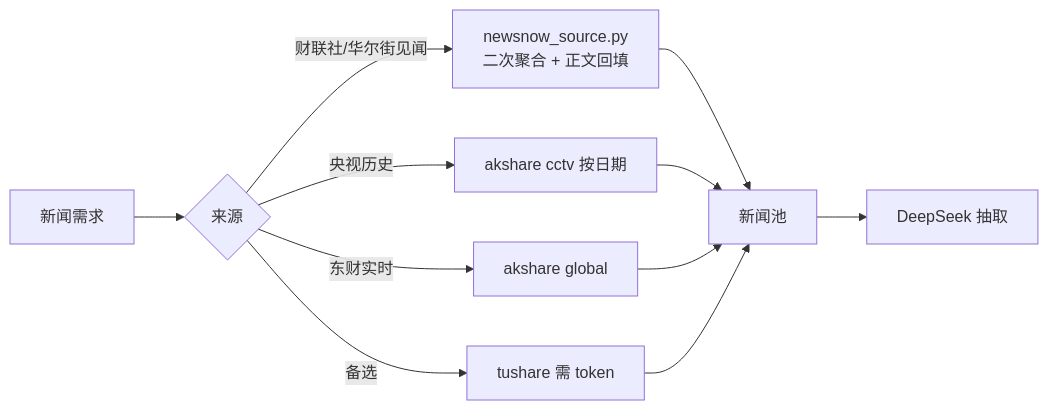
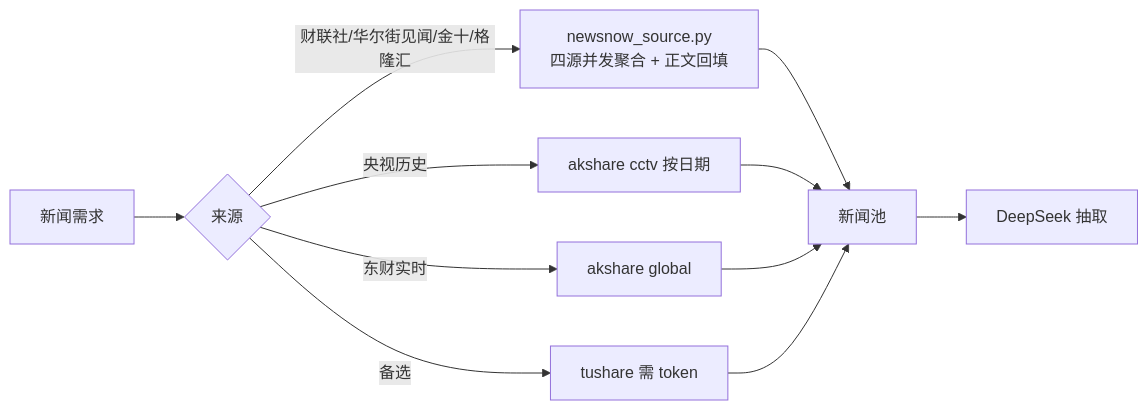
Before and after one commit to LoganChi/hermes-finance: the second of 2 diagrams in skills/event-driven-report/flow.md, drawn with Mermaid. The commit also changed other lines of this file and 4 other files, not shown here.

````diff
--- a/skills/event-driven-report/flow.md
+++ b/skills/event-driven-report/flow.md
@@ -39,13 +39,13 @@
 ```mermaid
 flowchart LR
     Req[新闻需求] --> Src{来源}
-    Src -->|财联社/华尔街见闻| NN[newsnow_source.py<br/>二次聚合 + 正文回填]
+    Src -->|财联社/华尔街见闻/金十/格隆汇| NN[newsnow_source.py<br/>四源并发聚合 + 正文回填]
     Src -->|央视历史| CCT[akshare cctv 按日期]
     Src -->|东财实时| GLB[akshare global]
     Src -->|备选| TS[tushare 需 token]
     NN --> Pool[新闻池]
     CCT --> Pool
     GLB --> Pool
     TS --> Pool
     Pool --> LLM[DeepSeek 抽取]
 ```
````
